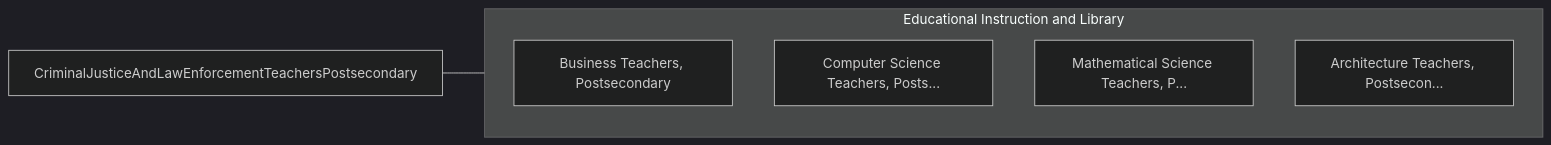
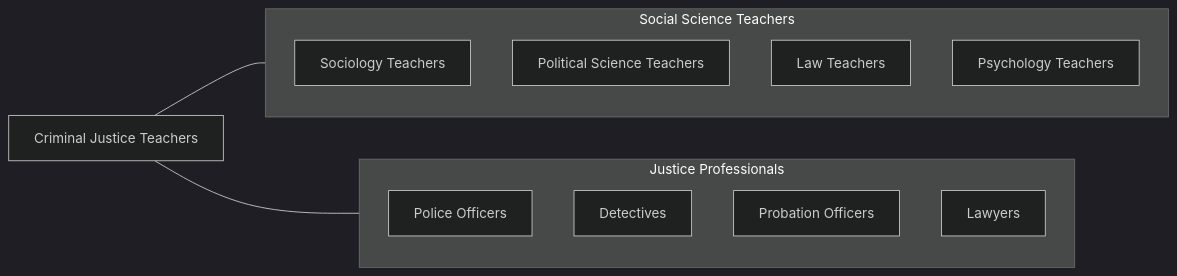
One commit to kziemski/business.org.ai changed the fourth of 4 diagrams in occupations/Education/CriminalJusticeAndLawEnforcementTeachersPostsecondary.mdx. Above: the diagram before and after it, drawn with Mermaid (dark theme). The commit also changed other lines of this file and 938 other files, not shown here.

````diff
--- a/occupations/Education/CriminalJusticeAndLawEnforcementTeachersPostsecondary.mdx
+++ b/occupations/Education/CriminalJusticeAndLawEnforcementTeachersPostsecondary.mdx
@@ -80,13 +170,21 @@
 ```mermaid
 graph LR
-    Current["CriminalJusticeAndLawEnforcementTeachersPostsecondary"]
+    Current["Criminal Justice Teachers"]
 
-    subgraph SameCategory["Educational Instruction and Library"]
-        BusinessTeachersPost["Business Teachers, Postsecondary"]
-        ComputerScienceTeach["Computer Science Teachers, Posts..."]
-        MathematicalScienceT["Mathematical Science Teachers, P..."]
-        ArchitectureTeachers["Architecture Teachers, Postsecon..."]
+    subgraph SameCategory["Social Science Teachers"]
+        Sociology["Sociology Teachers"]
+        PolSci["Political Science Teachers"]
+        Law["Law Teachers"]
+        Psychology["Psychology Teachers"]
+    end
+
+    subgraph CrossFunctional["Justice Professionals"]
+        Police["Police Officers"]
+        Detectives["Detectives"]
+        Probation["Probation Officers"]
+        Lawyers["Lawyers"]
     end
 
     Current --- SameCategory
+    Current --- CrossFunctional
 ```
````
